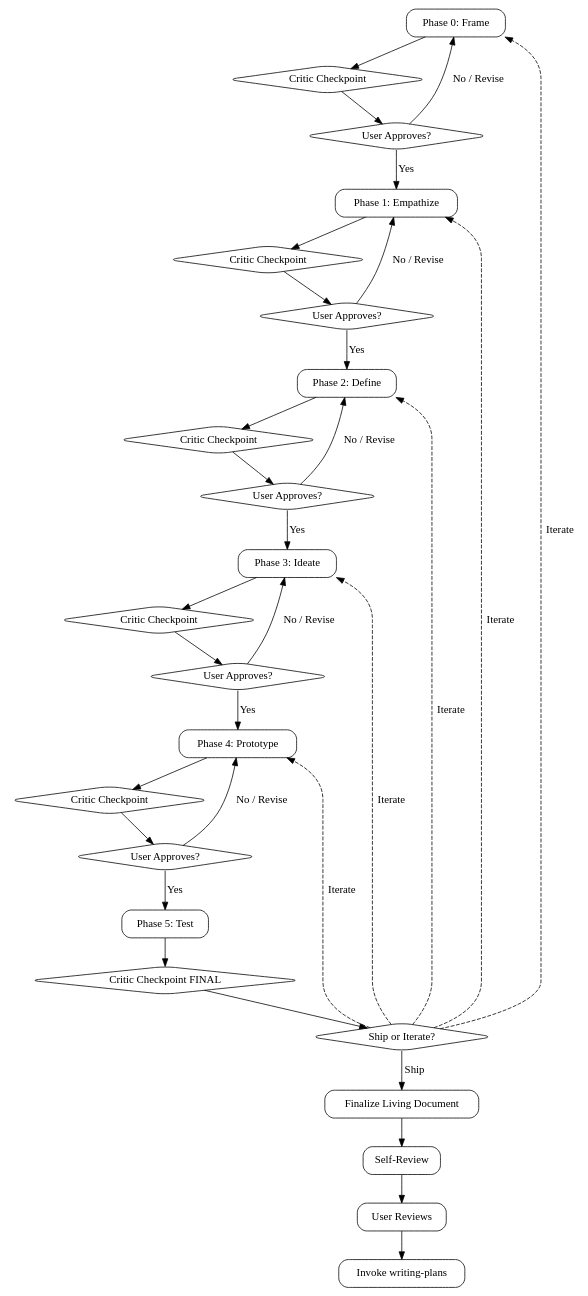
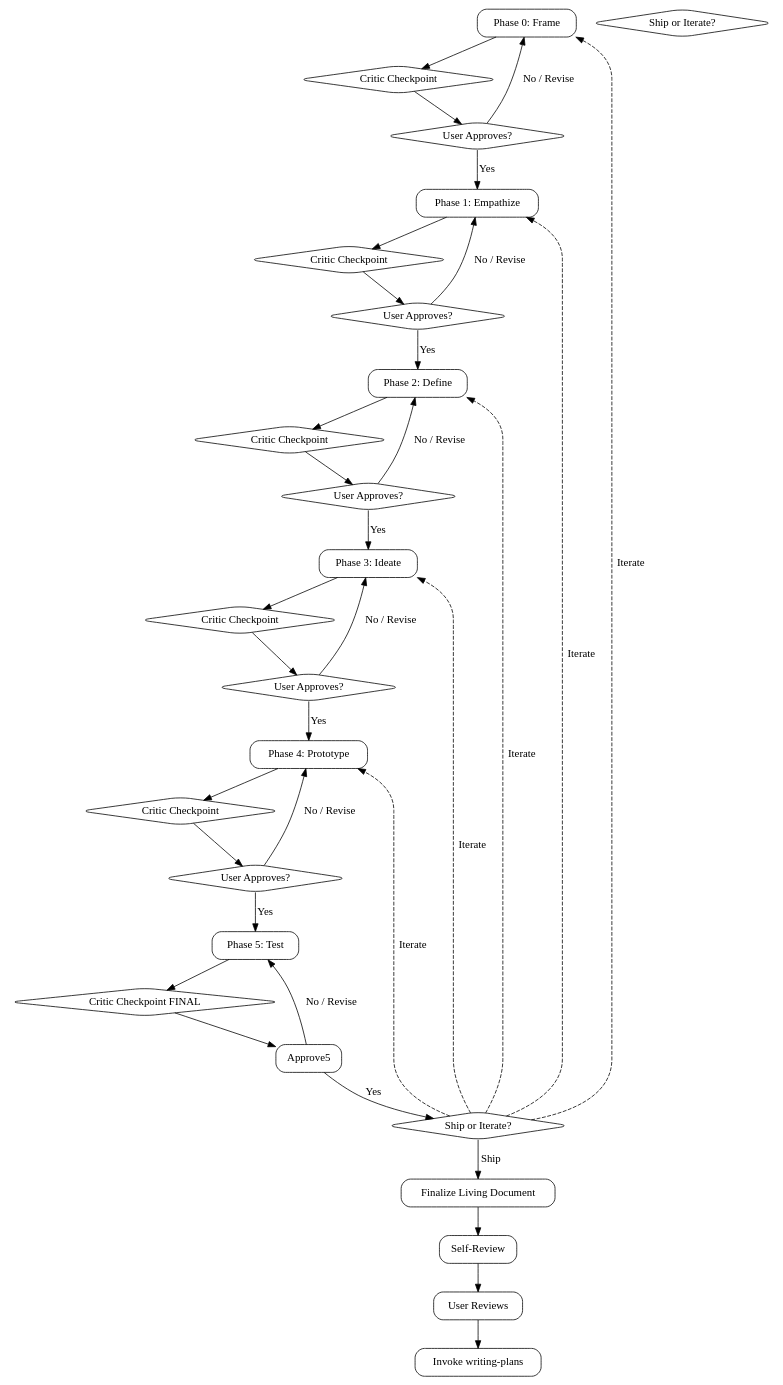
The diagram in SKILL.md (Whyme-Labs/design-thinking), drawn with Graphviz before and after one commit. The commit also changed other lines of this file, not shown here.

````diff
--- a/SKILL.md
+++ b/SKILL.md
@@ -52,65 +52,69 @@
 ```dot
 digraph design_thinking {
     rankdir=TB;
     node [shape=box, style=rounded];
 
     Phase0 [label="Phase 0: Frame"];
     Critic0 [label="Critic Checkpoint", shape=diamond];
     Approve0 [label="User Approves?", shape=diamond];
 
     Phase1 [label="Phase 1: Empathize"];
     Critic1 [label="Critic Checkpoint", shape=diamond];
     Approve1 [label="User Approves?", shape=diamond];
 
     Phase2 [label="Phase 2: Define"];
     Critic2 [label="Critic Checkpoint", shape=diamond];
     Approve2 [label="User Approves?", shape=diamond];
 
     Phase3 [label="Phase 3: Ideate"];
     Critic3 [label="Critic Checkpoint", shape=diamond];
     Approve3 [label="User Approves?", shape=diamond];
 
     Phase4 [label="Phase 4: Prototype"];
     Critic4 [label="Critic Checkpoint", shape=diamond];
     Approve4 [label="User Approves?", shape=diamond];
 
     Phase5 [label="Phase 5: Test"];
     Critic5 [label="Critic Checkpoint FINAL", shape=diamond];
     Ship [label="Ship or Iterate?", shape=diamond];
 
     Finalize [label="Finalize Living Document"];
     SelfReview [label="Self-Review"];
     UserReviews [label="User Reviews"];
     WritingPlans [label="Invoke writing-plans"];
 
     Phase0 -> Critic0 -> Approve0;
     Approve0 -> Phase1 [label="Yes"];
     Approve0 -> Phase0 [label="No / Revise"];
 
     Phase1 -> Critic1 -> Approve1;
     Approve1 -> Phase2 [label="Yes"];
     Approve1 -> Phase1 [label="No / Revise"];
 
     Phase2 -> Critic2 -> Approve2;
     Approve2 -> Phase3 [label="Yes"];
     Approve2 -> Phase2 [label="No / Revise"];
 
     Phase3 -> Critic3 -> Approve3;
     Approve3 -> Phase4 [label="Yes"];
     Approve3 -> Phase3 [label="No / Revise"];
 
     Phase4 -> Critic4 -> Approve4;
     Approve4 -> Phase5 [label="Yes"];
     Approve4 -> Phase4 [label="No / Revise"];
 
-    Phase5 -> Critic5 -> Ship;
-    Ship -> Finalize [label="Ship"];
-    Ship -> Phase0 [label="Iterate", style=dashed];
-    Ship -> Phase1 [label="Iterate", style=dashed];
-    Ship -> Phase2 [label="Iterate", style=dashed];
-    Ship -> Phase3 [label="Iterate", style=dashed];
-    Ship -> Phase4 [label="Iterate", style=dashed];
+    Phase5 -> Critic5 -> Approve5;
+    Approve5 -> ShipOrIterate [label="Yes"];
+    Approve5 -> Phase5 [label="No / Revise"];
+
+    ShipOrIterate [label="Ship or Iterate?", shape=diamond];
+    ShipOrIterate -> Finalize [label="Ship"];
+    ShipOrIterate -> Phase0 [label="Iterate", style=dashed];
+    ShipOrIterate -> Phase1 [label="Iterate", style=dashed];
+    ShipOrIterate -> Phase2 [label="Iterate", style=dashed];
+    ShipOrIterate -> Phase3 [label="Iterate", style=dashed];
+    ShipOrIterate -> Phase4 [label="Iterate", style=dashed];
 
     Finalize -> SelfReview -> UserReviews -> WritingPlans;
 }
 ```
````
